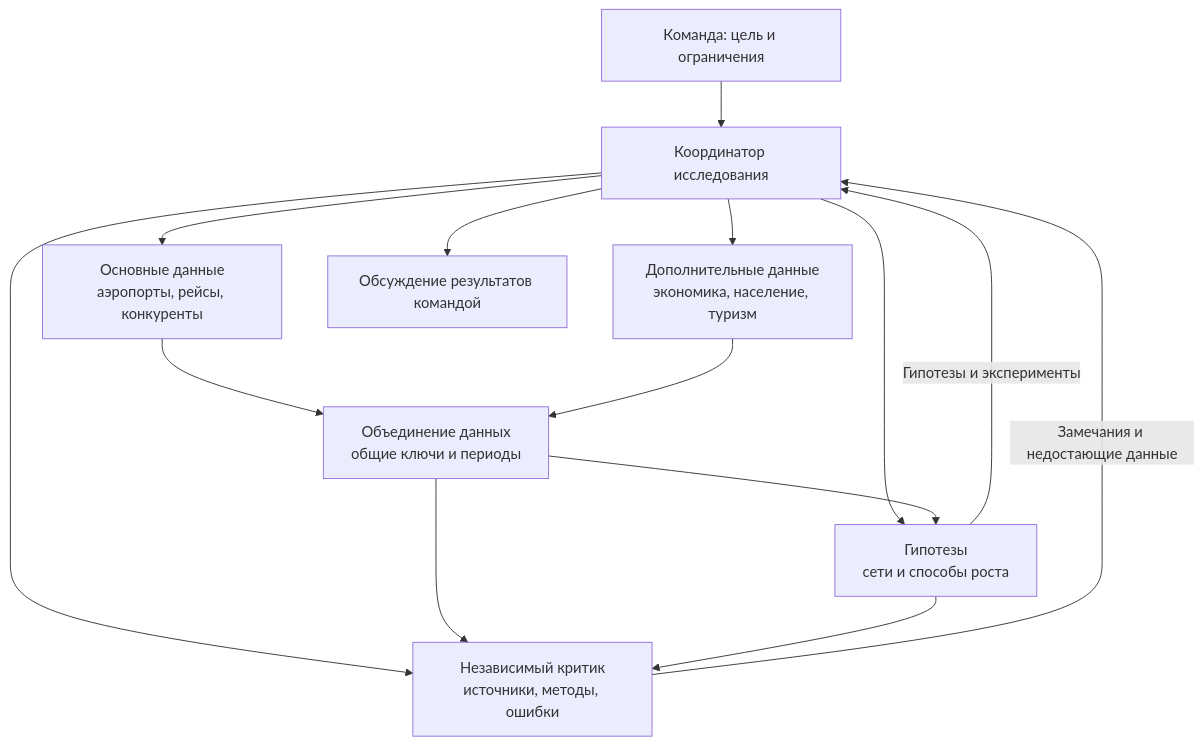
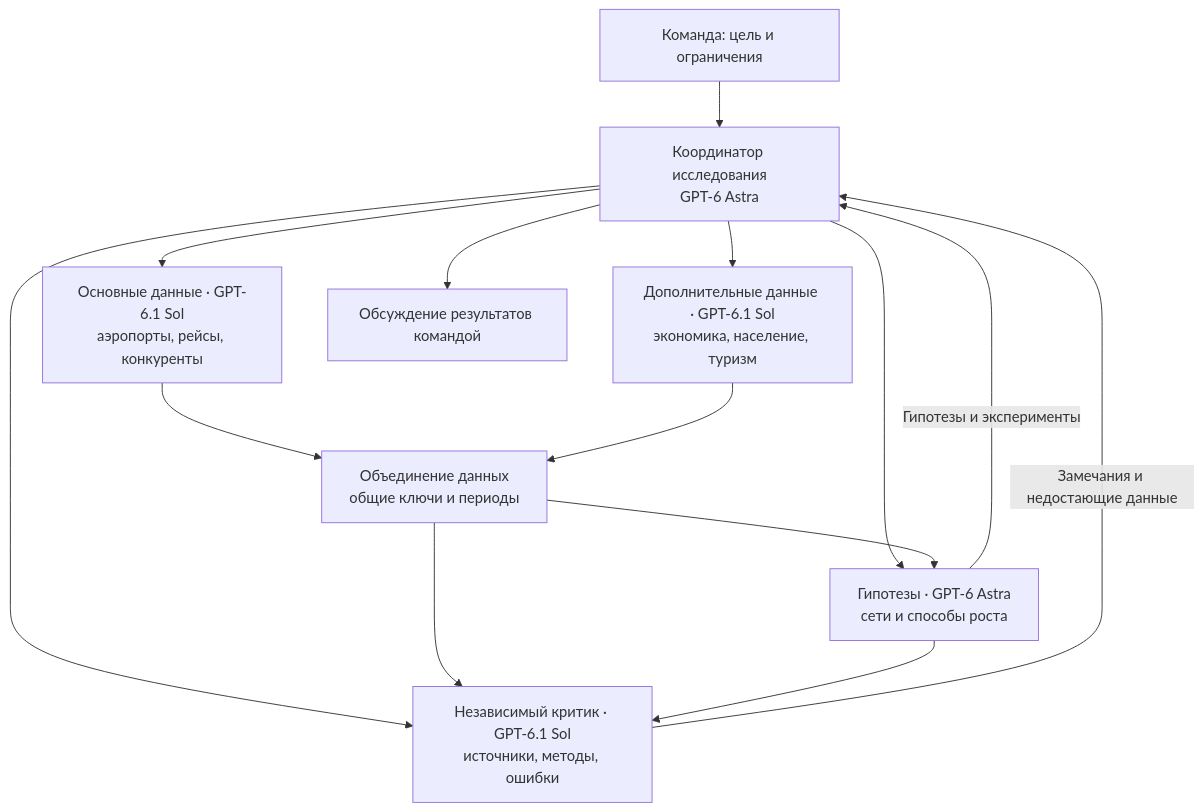
The first of 3 diagrams in context/30_ai_work_history_20261110/README.md (Mput13/case_championship), drawn with Mermaid before and after one commit. The commit also changed other lines of this file, not shown here.

````diff
--- a/context/30_ai_work_history_20261110/README.md
+++ b/context/30_ai_work_history_20261110/README.md
@@ -20,16 +20,16 @@
 ```mermaid
 flowchart TD
-    T["Команда: цель и ограничения"] --> C["Координатор исследования"]
-    C --> A["Основные данные<br/>аэропорты, рейсы, конкуренты"]
-    C --> B["Дополнительные данные<br/>экономика, население, туризм"]
-    C --> H["Гипотезы<br/>сети и способы роста"]
-    C --> K["Независимый критик<br/>источники, методы, ошибки"]
+    T["Команда: цель и ограничения"] --> C["Координатор исследования<br/>GPT-6 Astra"]
+    C --> A["Основные данные · GPT-6.1 Sol<br/>аэропорты, рейсы, конкуренты"]
+    C --> B["Дополнительные данные · GPT-6.1 Sol<br/>экономика, население, туризм"]
+    C --> H["Гипотезы · GPT-6 Astra<br/>сети и способы роста"]
+    C --> K["Независимый критик · GPT-6.1 Sol<br/>источники, методы, ошибки"]
     A --> I["Объединение данных<br/>общие ключи и периоды"]
     B --> I
     I --> H
     I --> K
     H --> K
     K -->|"Замечания и недостающие данные"| C
     H -->|"Гипотезы и эксперименты"| C
     C --> D["Обсуждение результатов командой"]
 ```
````
